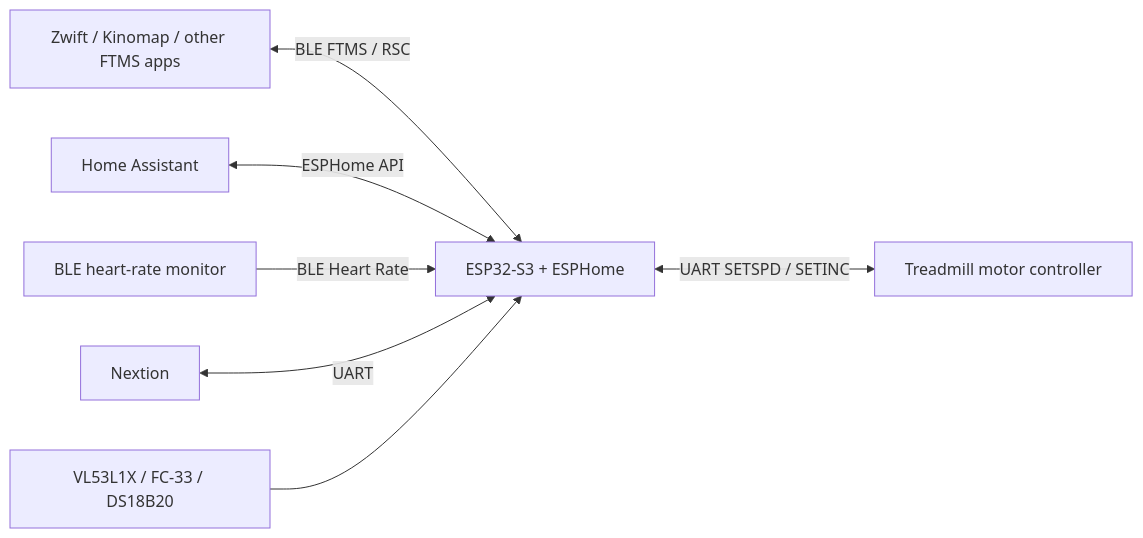
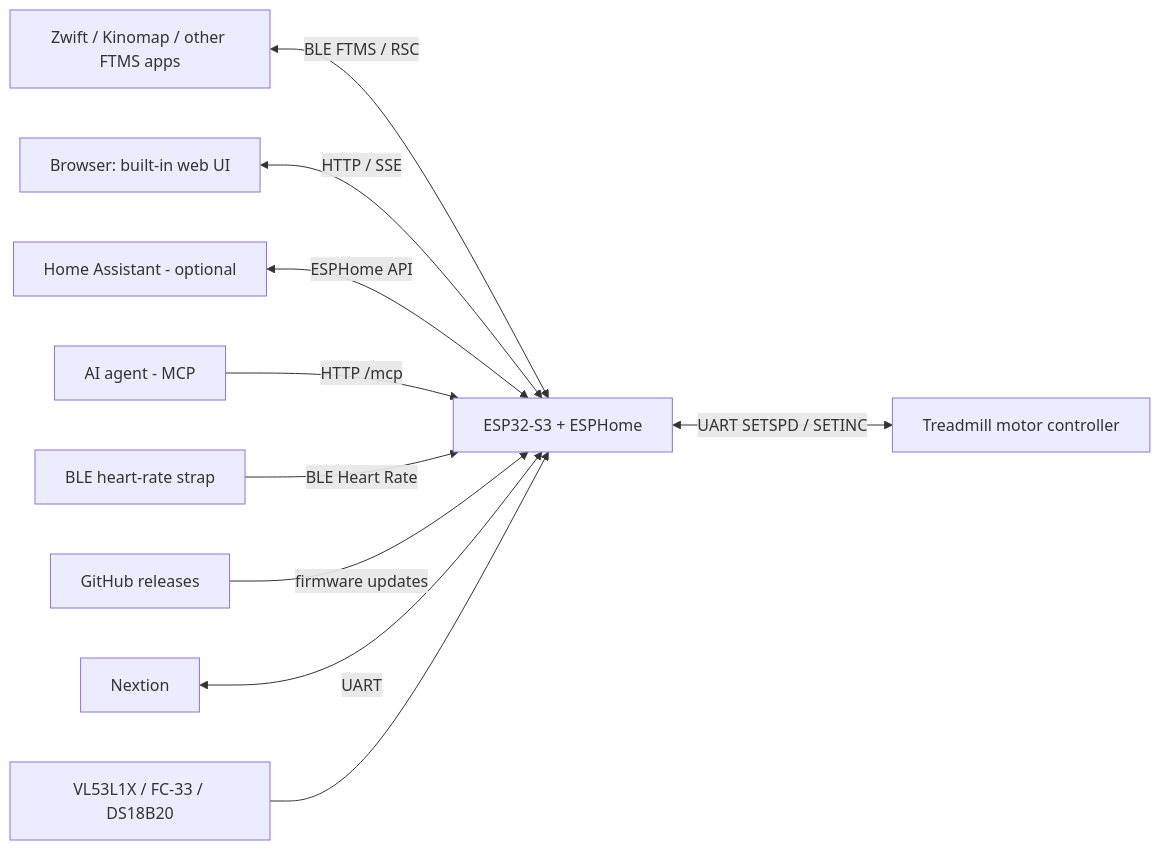
One commit to samsonovss/ESPHome-Treadmill-FTMS changed the diagram in README.md. Above: the diagram before and after it, drawn with Mermaid. The commit also changed other lines of this file and 9 other files, not shown here.

Commit message:
Docs: new README (EN/RU), install, build, web UI, API and MCP guides

````diff
--- a/README.md
+++ b/README.md
@@ -22,17 +27,23 @@
 ```mermaid
 flowchart LR
     Apps[Zwift / Kinomap / other FTMS apps]
-    HA[Home Assistant]
-    HR[BLE heart-rate monitor]
+    Web[Browser: built-in web UI]
+    HA[Home Assistant - optional]
+    AI[AI agent - MCP]
+    HR[BLE heart-rate strap]
+    GH[GitHub releases]
     ESP[ESP32-S3 + ESPHome]
     Display[Nextion]
     Sensors[VL53L1X / FC-33 / DS18B20]
     Board[Treadmill motor controller]
 
     Apps <-->|BLE FTMS / RSC| ESP
+    Web <-->|HTTP / SSE| ESP
     HA <-->|ESPHome API| ESP
+    AI -->|HTTP /mcp| ESP
     HR -->|BLE Heart Rate| ESP
+    GH -->|firmware updates| ESP
     Display <-->|UART| ESP
     Sensors --> ESP
     ESP <-->|UART SETSPD / SETINC| Board
 ```
````
